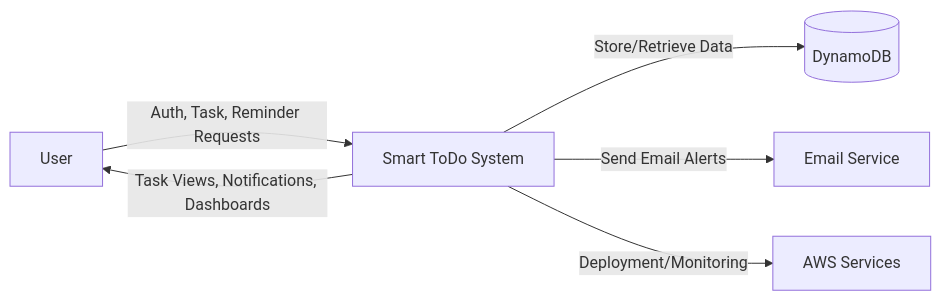
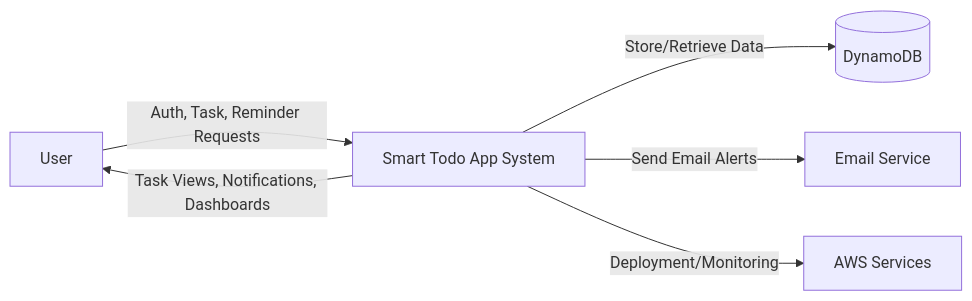
One commit to sayef-reyadh/smart-todo changed the first of 3 diagrams in docs/16-dfd.md. Above: the diagram before and after it, drawn with Mermaid. The commit also changed other lines of this file and 29 other files, not shown here.

Commit message:
Rename application references to Smart Todo App

````diff
--- a/docs/16-dfd.md
+++ b/docs/16-dfd.md
@@ -4,8 +4,8 @@
 ```mermaid
 flowchart LR
-  U[User] -->|Auth, Task, Reminder Requests| S[Smart ToDo System]
+  U[User] -->|Auth, Task, Reminder Requests| S[Smart Todo App System]
   S -->|Task Views, Notifications, Dashboards| U
   S -->|Store/Retrieve Data| DB[(DynamoDB)]
   S -->|Send Email Alerts| ES[Email Service]
   S -->|Deployment/Monitoring| AWS[AWS Services]
 ```
````
